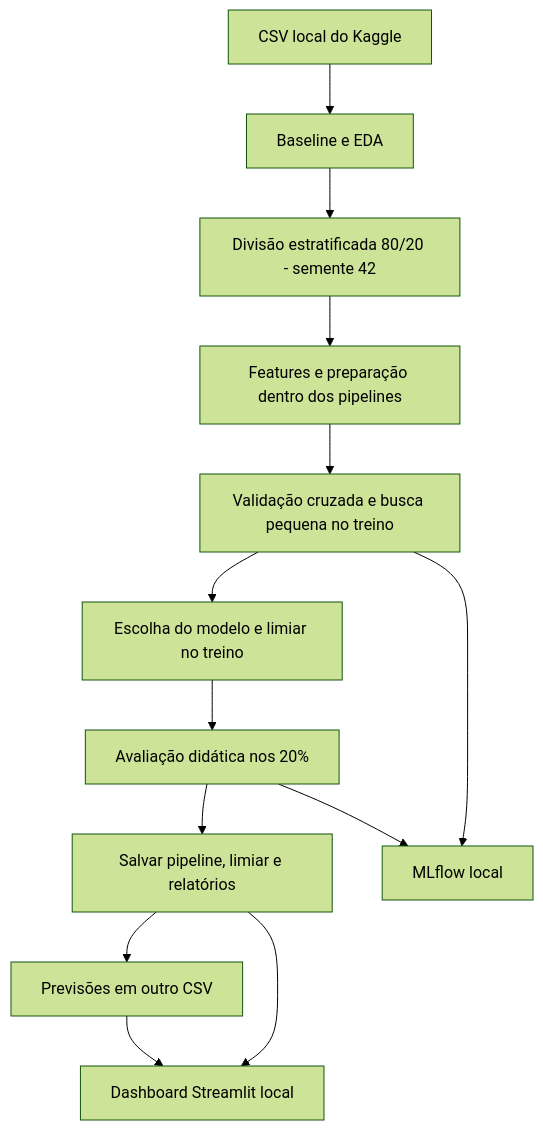
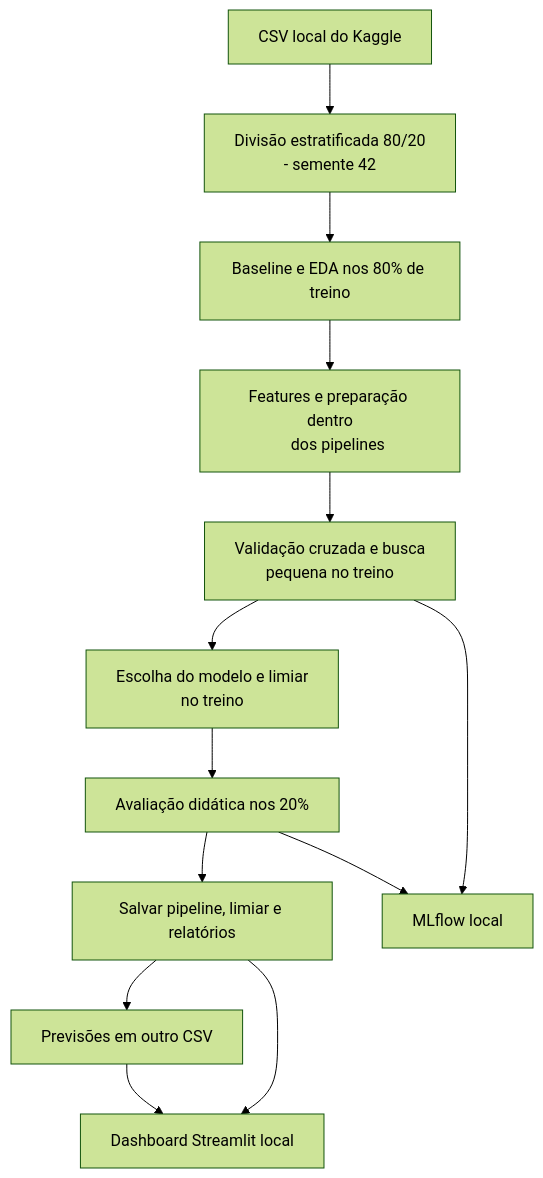
Before and after one commit to Brendalu2005/titanic-survival-classification: the diagram in README.md, drawn with Mermaid (forest theme). The commit also changed other lines of this file and 12 other files, not shown here.

````diff
--- a/README.md
+++ b/README.md
@@ -37,15 +37,19 @@
 ```mermaid
 flowchart TD
-    A[CSV local do Kaggle] --> B[Baseline e EDA]
-    B --> C[Divisão estratificada 80/20 - semente 42]
-    C --> D[Features e preparação dentro dos pipelines]
-    D --> E[Validação cruzada e busca pequena no treino]
-    E --> F[Escolha do modelo e limiar no treino]
+    A[CSV local do Kaggle] --> B[Divisão estratificada 80/20
+    - semente 42]
+    B --> C[Baseline e EDA nos 80% de treino]
+    C --> D[Features e preparação dentro
+    dos pipelines]
+    D --> E[Validação cruzada e busca
+    pequena no treino]
+    E --> F[Escolha do modelo e limiar
+    no treino]
     F --> G[Avaliação didática nos 20%]
     G --> H[Salvar pipeline, limiar e relatórios]
     H --> I[Previsões em outro CSV]
     I --> K[Dashboard Streamlit local]
     H --> K
     E --> J[MLflow local]
     G --> J
 ```
````
